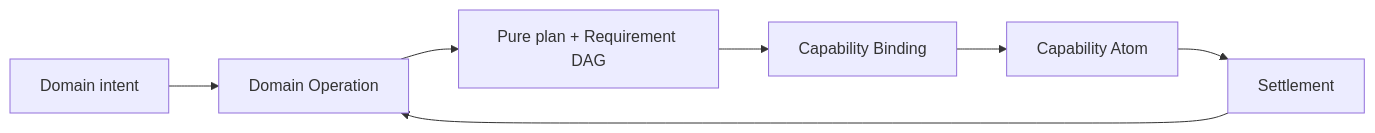
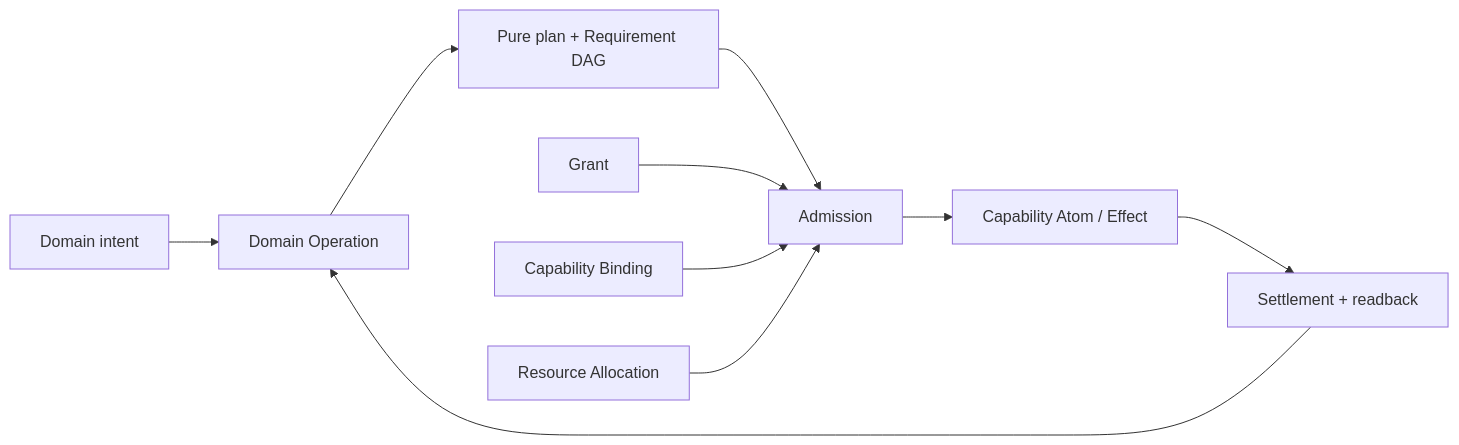
Before and after one commit to sec-platform/sec: the first of 3 diagrams in docs/engineering-constitution/operation-runtime.md, drawn with Mermaid. The commit also changed other lines of this file, not shown here.

Commit message:
docs: align engineering resource principles with typed accounting modes

````diff
--- a/docs/engineering-constitution/operation-runtime.md
+++ b/docs/engineering-constitution/operation-runtime.md
@@ -15,9 +13,12 @@
 ```mermaid
 flowchart LR
   I[Domain intent] --> O[Domain Operation]
   O --> P[Pure plan + Requirement DAG]
-  P --> B[Capability Binding]
-  B --> A[Capability Atom]
-  A --> S[Settlement]
+  P --> A[Admission]
+  G[Grant] --> A
+  B[Capability Binding] --> A
+  R[Resource Allocation] --> A
+  A --> X[Capability Atom / Effect]
+  X --> S[Settlement + readback]
   S --> O
 ```
````
